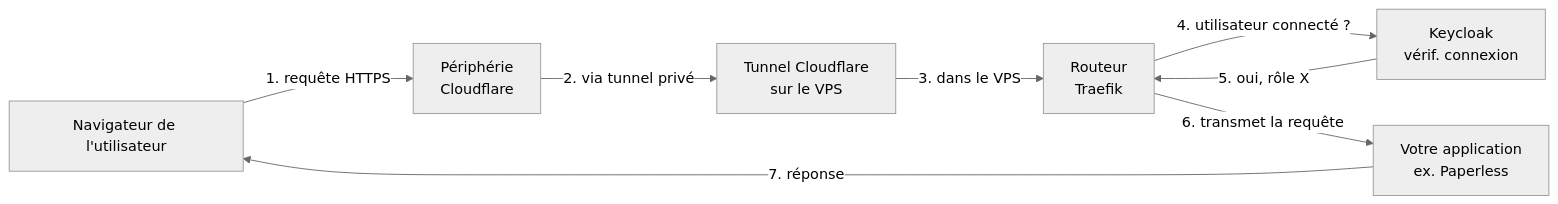
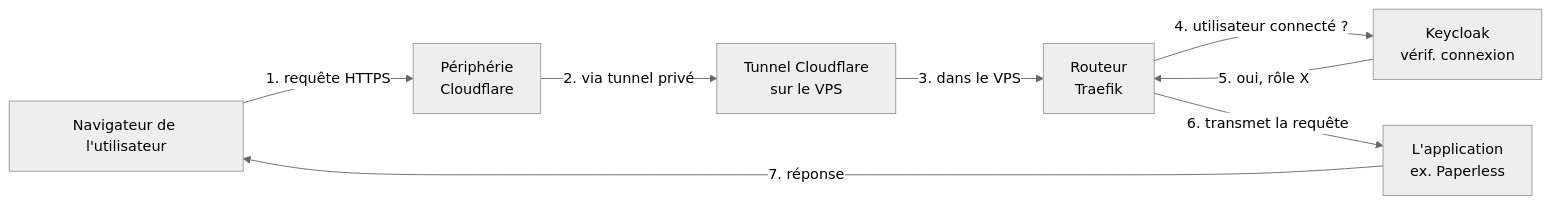
Before and after one commit to catenahq/docs: the first of 2 diagrams in src/content/docs/fr/how-this-stack-works.md, drawn with Mermaid (neutral theme). The commit also changed other lines of this file and 2 other files, not shown here.

First line of the commit message:
docs(voice): convert the architecture tour

````diff
--- a/src/content/docs/fr/how-this-stack-works.md
+++ b/src/content/docs/fr/how-this-stack-works.md
@@ -46,17 +46,17 @@
 ```mermaid
 flowchart LR
     U[Navigateur de l'utilisateur]
     CF[Périphérie<br/>Cloudflare]
     TUN[Tunnel Cloudflare<br/>sur le VPS]
     T[Routeur<br/>Traefik]
     A[Keycloak<br/>vérif. connexion]
-    APP[Votre application<br/>ex. Paperless]
+    APP[L'application<br/>ex. Paperless]
 
     U -->|1. requête HTTPS| CF
     CF -->|2. via tunnel privé| TUN
     TUN -->|3. dans le VPS| T
     T -->|4. utilisateur connecté ?| A
     A -->|5. oui, rôle X| T
     T -->|6. transmet la requête| APP
     APP -->|7. réponse| U
 ```
````
